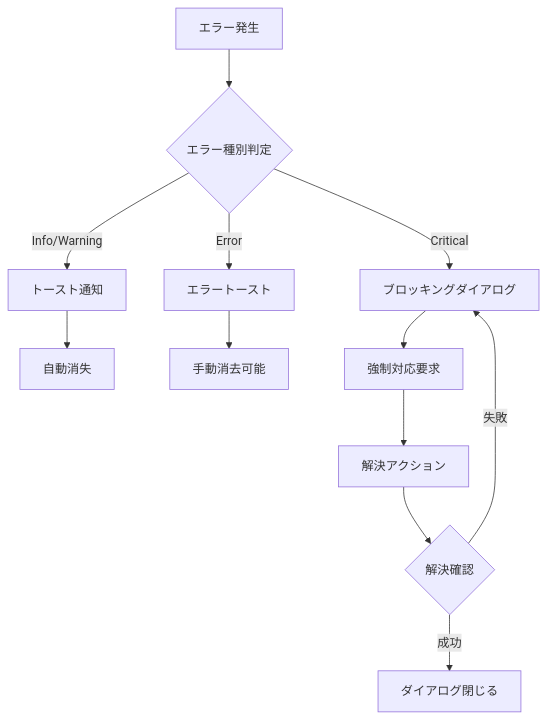
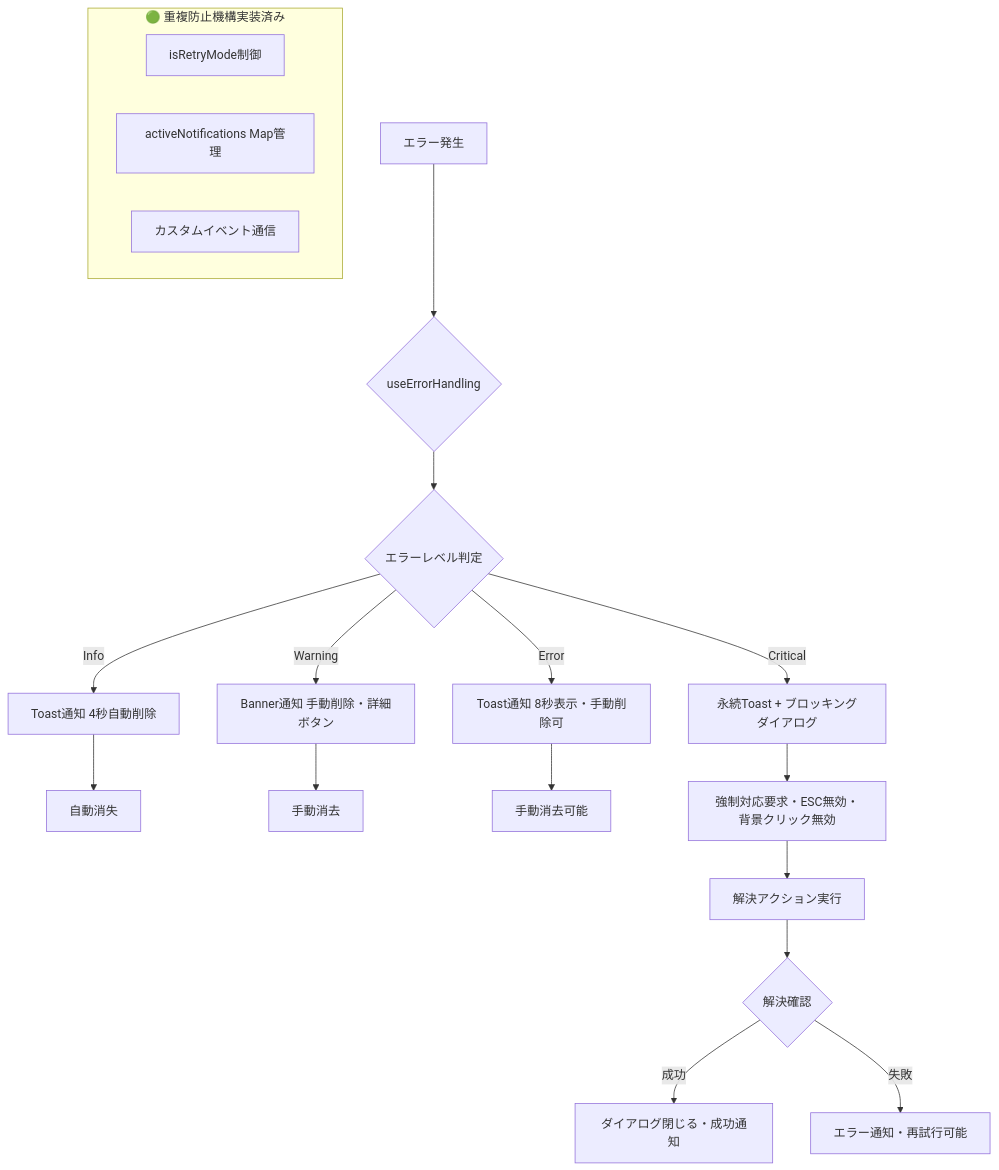
The second of 2 diagrams in .kiro/specs/multi-project-dashboard/design.md (sumihiro3/project-lens-tauri), drawn with Mermaid before and after one commit. The commit also changed other lines of this file, not shown here.

````diff
--- a/.kiro/specs/multi-project-dashboard/design.md
+++ b/.kiro/specs/multi-project-dashboard/design.md
@@ -269,16 +375,25 @@
 ```mermaid
 graph TD
-    A[エラー発生] --> B{エラー種別判定}
-    B -->|Info/Warning| C[トースト通知]
-    B -->|Error| D[エラートースト]
-    B -->|Critical| E[ブロッキングダイアログ]
+    A[エラー発生] --> B{useErrorHandling}
+    B --> C{エラーレベル判定}
+    C -->|Info| D[Toast通知 4秒自動削除]
+    C -->|Warning| E[Banner通知 手動削除・詳細ボタン]
+    C -->|Error| F[Toast通知 8秒表示・手動削除可]
+    C -->|Critical| G[永続Toast + ブロッキングダイアログ]
     
-    C --> F[自動消失]
-    D --> G[手動消去可能]
-    E --> H[強制対応要求]
+    D --> H[自動消失]
+    E --> I[手動消去]
+    F --> J[手動消去可能]
+    G --> K[強制対応要求・ESC無効・背景クリック無効]
     
-    H --> I[解決アクション]
-    I --> J{解決確認}
-    J -->|成功| K[ダイアログ閉じる]
-    J -->|失敗| E
+    K --> L[解決アクション実行]
+    L --> M{解決確認}
+    M -->|成功| N[ダイアログ閉じる・成功通知]
+    M -->|失敗| O[エラー通知・再試行可能]
+    
+    subgraph "🟢 重複防止機構実装済み"
+        P[isRetryMode制御]
+        Q[activeNotifications Map管理]
+        R[カスタムイベント通信]
+    end
 ```
````
